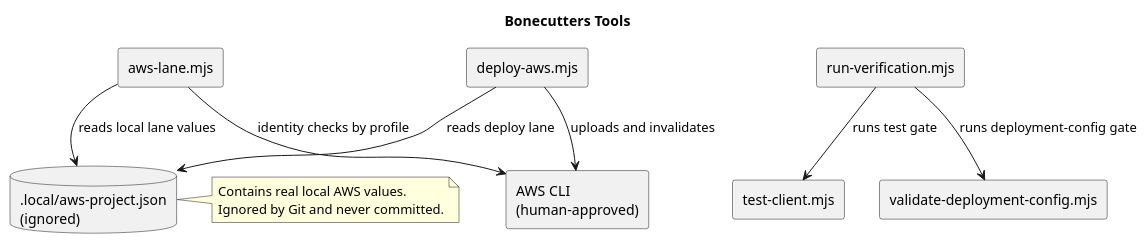
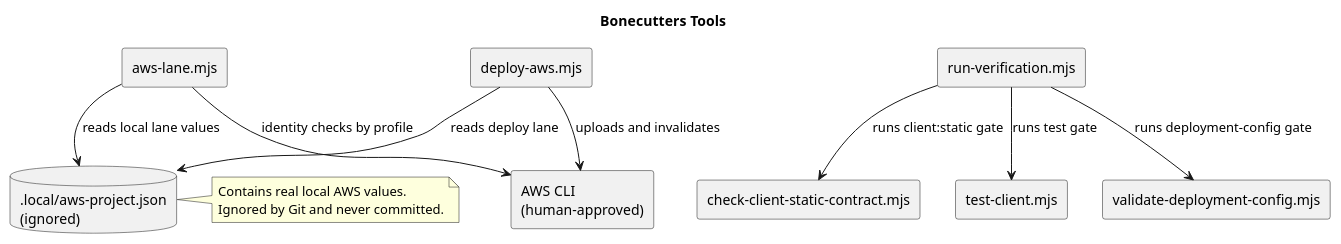
The diagram in tools/tools.puml (bonecutter-hierophant/Bonecutters), drawn with PlantUML before and after one commit. The commit also changed 21 other files, not shown here.

```diff
--- a/tools/tools.puml
+++ b/tools/tools.puml
@@ -1,25 +1,27 @@
 @startuml
 title Bonecutters Tools
 skinparam componentStyle rectangle
 
 component "run-verification.mjs" as Verification
+component "check-client-static-contract.mjs" as ClientStatic
 component "test-client.mjs" as ClientTests
 component "validate-deployment-config.mjs" as DeploymentConfig
 component "aws-lane.mjs" as AwsLane
 component "deploy-aws.mjs" as DeployAws
 database ".local/aws-project.json\n(ignored)" as LocalConfig
 component "AWS CLI\n(human-approved)" as AwsCli
 
 Verification --> ClientTests : runs test gate
+Verification --> ClientStatic : runs client:static gate
 Verification --> DeploymentConfig : runs deployment-config gate
 AwsLane --> LocalConfig : reads local lane values
 AwsLane --> AwsCli : identity checks by profile
 DeployAws --> LocalConfig : reads deploy lane
 DeployAws --> AwsCli : uploads and invalidates
 
 note right of LocalConfig
 Contains real local AWS values.
 Ignored by Git and never committed.
 end note
 
 @enduml
```
